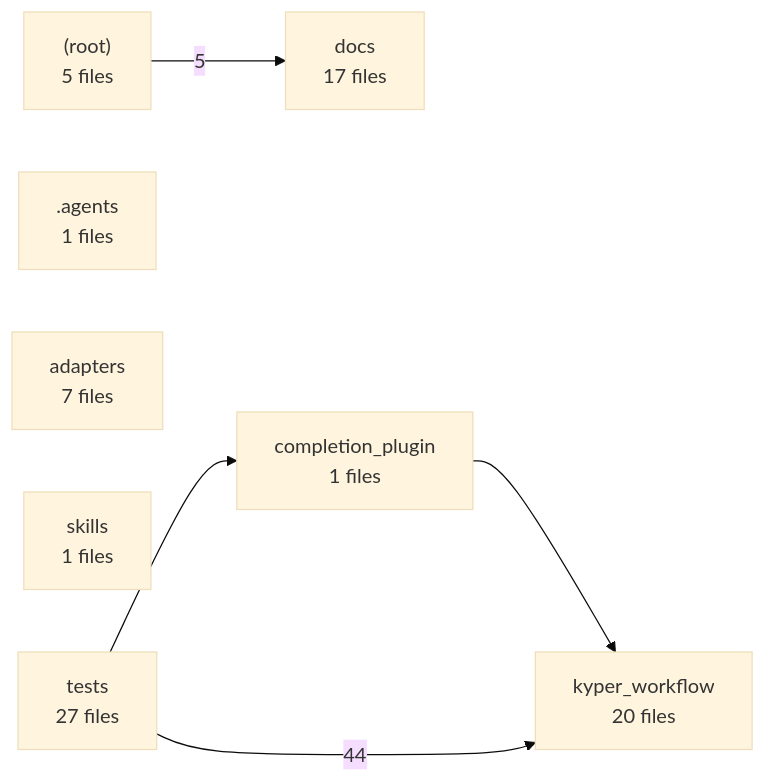
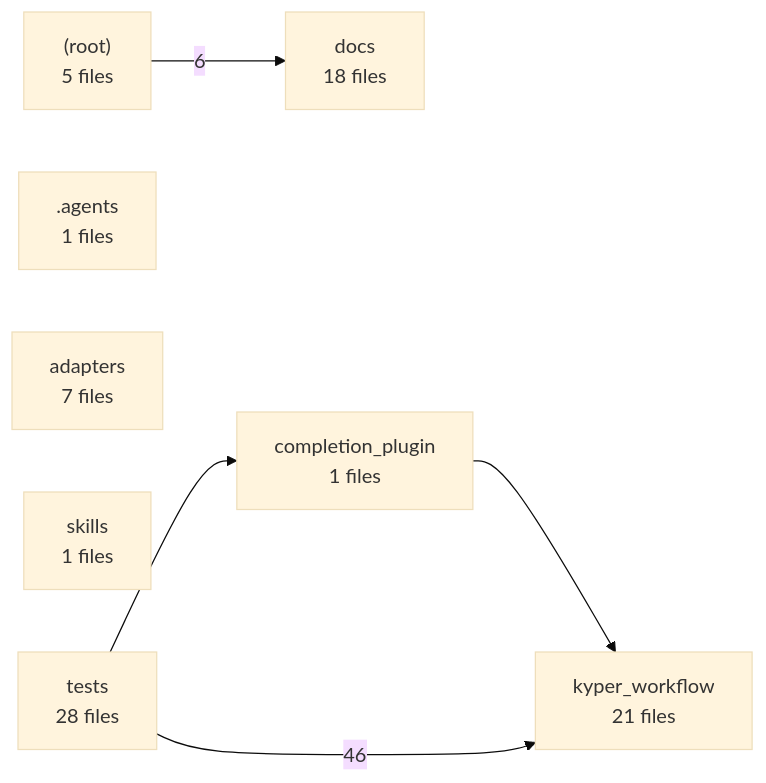
Before and after one commit to AbsoluteHLN/KyperWorkflow: the second of 2 diagrams in docs/PROJECT-MAP.md, drawn with Mermaid (base theme). The commit also changed other lines of this file and 23 other files, not shown here.

````diff
--- a/docs/PROJECT-MAP.md
+++ b/docs/PROJECT-MAP.md
@@ -221,15 +226,15 @@
 ```mermaid
 graph LR
   g__root_["(root)<br/>5 files"]
   g__agents[".agents<br/>1 files"]
   g_adapters["adapters<br/>7 files"]
   g_completion_plugin["completion_plugin<br/>1 files"]
-  g_docs["docs<br/>17 files"]
-  g_kyper_workflow["kyper_workflow<br/>20 files"]
+  g_docs["docs<br/>18 files"]
+  g_kyper_workflow["kyper_workflow<br/>21 files"]
   g_skills["skills<br/>1 files"]
-  g_tests["tests<br/>27 files"]
-  g__root_ -->|5| g_docs
+  g_tests["tests<br/>28 files"]
+  g__root_ -->|6| g_docs
   g_completion_plugin --> g_kyper_workflow
   g_tests --> g_completion_plugin
-  g_tests -->|44| g_kyper_workflow
+  g_tests -->|46| g_kyper_workflow
 ```
````
